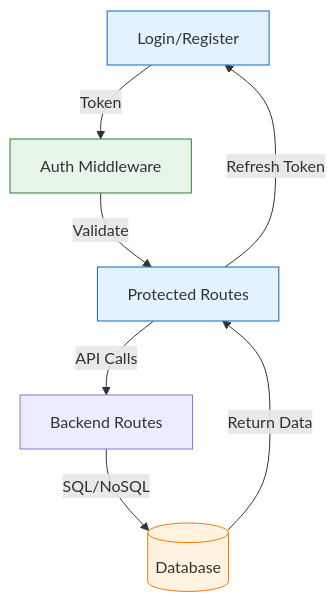
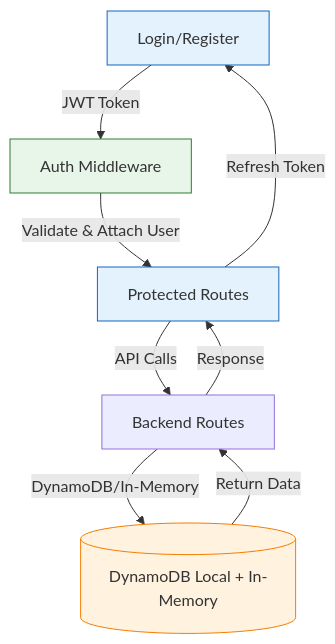
The fourth of 4 diagrams in README.md (LonelyGuy12/CareCircle), drawn with Mermaid before and after one commit. The commit also changed other lines of this file, not shown here.

````diff
--- a/README.md
+++ b/README.md
@@ -234,13 +224,15 @@
 ```mermaid
 flowchart TD
-    A[Login/Register] -->|Token| B[Auth Middleware]
-    B -->|Validate| C[Protected Routes]
+    A[Login/Register] -->|JWT Token| B[Auth Middleware]
+    B -->|Validate & Attach User| C[Protected Routes]
     C -->|API Calls| D[Backend Routes]
-    D -->|SQL/NoSQL| G[(Database)]
-    G -->|Return Data| C
+    D -->|DynamoDB/In-Memory| G[(DynamoDB Local + In-Memory)]
+    G -->|Return Data| D
+    D -->|Response| C
     C -->|Refresh Token| A
+
     style A fill:#e3f2fd, stroke:#1565c0
     style B fill:#e8f5e9, stroke:#2e7d32
     style C fill:#e3f2fd, stroke:#1565c0
     style G fill:#fff3e0, stroke:#f57c00
 ```
````
